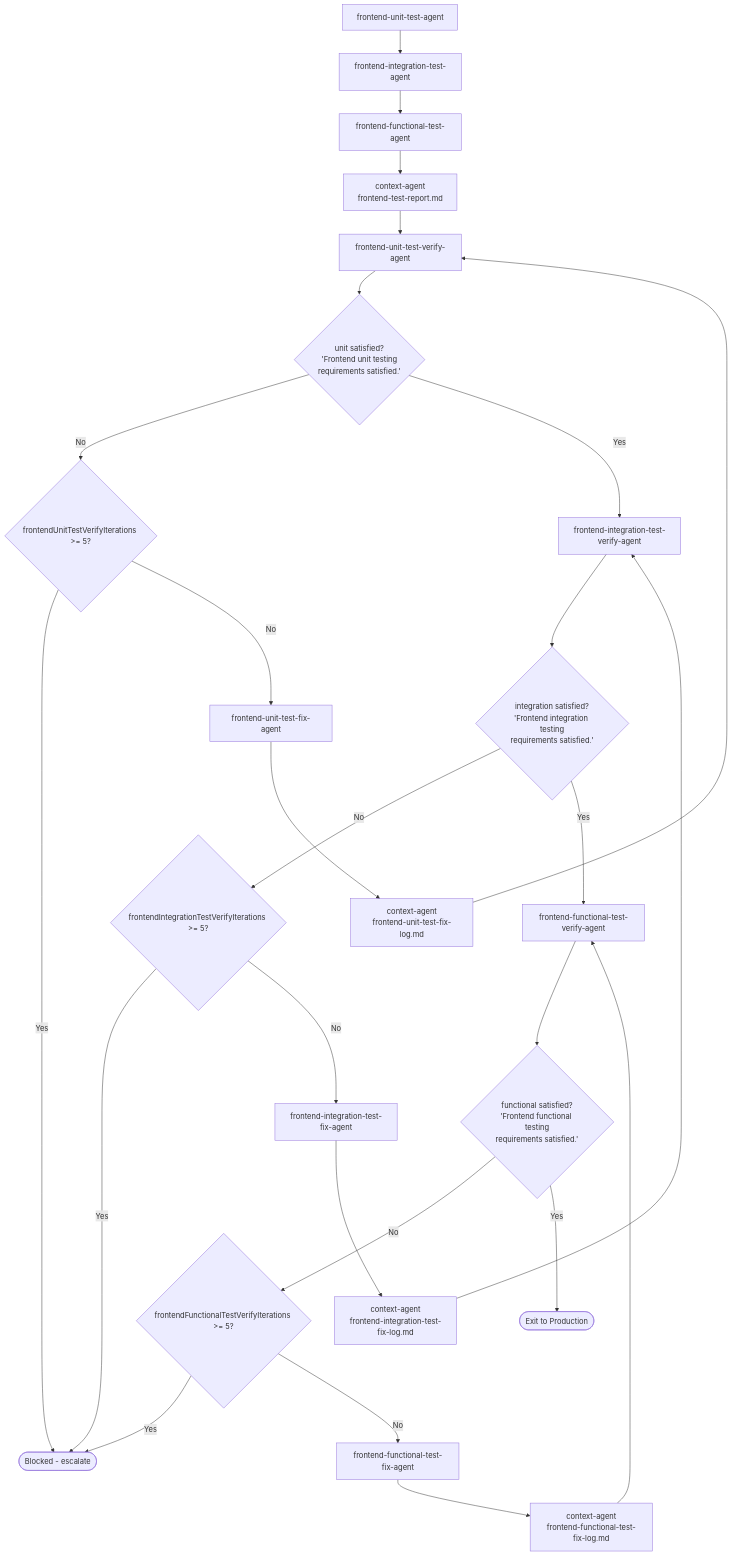
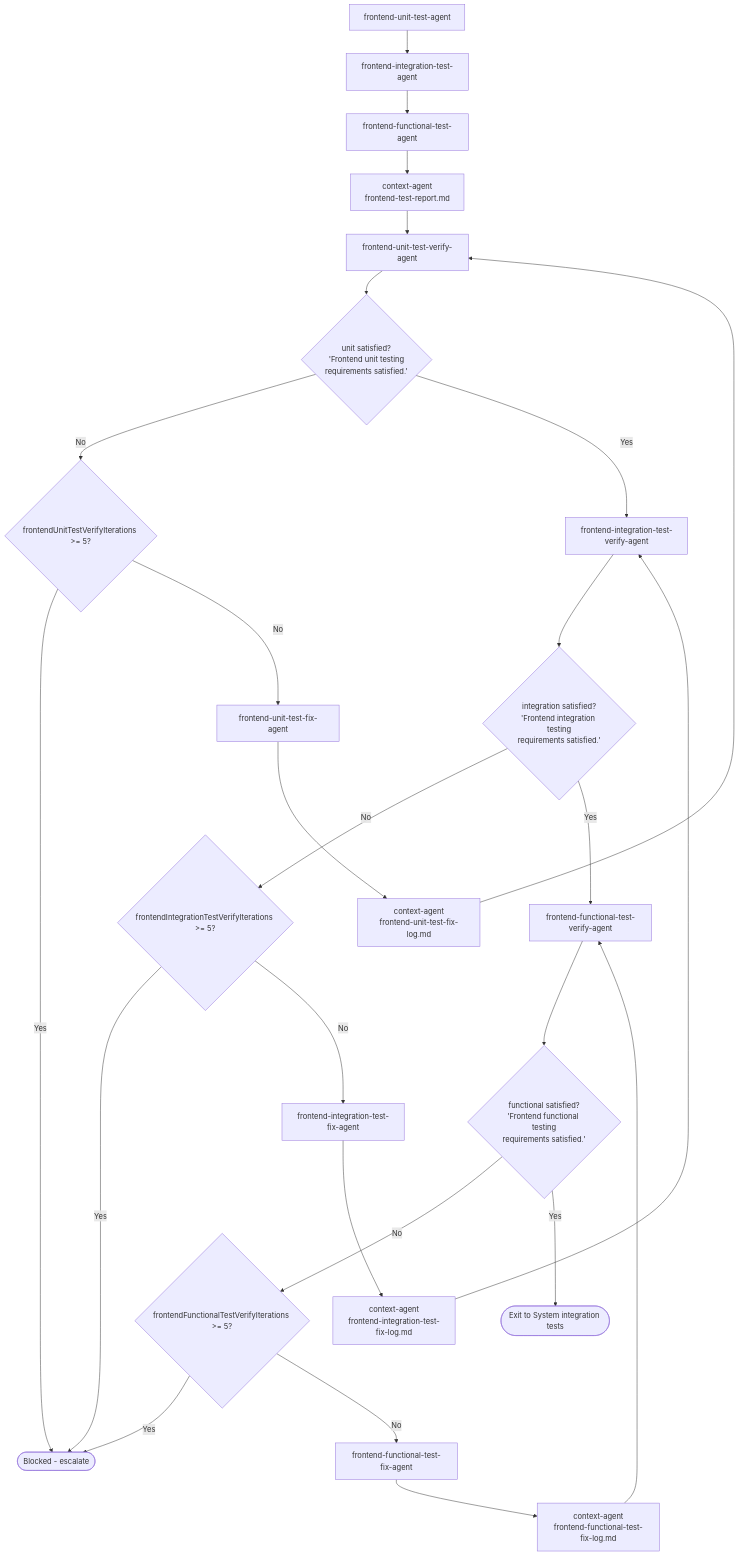
One commit to priyam-qo-box/agents changed the eighth of 14 diagrams in .cursor/agents/ARCHITECTURE.md. Above: the diagram before and after it, drawn with Mermaid. The commit also changed other lines of this file and 8 other files, not shown here.

First line of the commit message:
Add system integration test agents to enhance full-stack testing capabilities

````diff
--- a/.cursor/agents/ARCHITECTURE.md
+++ b/.cursor/agents/ARCHITECTURE.md
@@ -311,24 +331,24 @@
 ```mermaid
 flowchart TB
     G1[frontend-unit-test-agent] --> G2[frontend-integration-test-agent] --> G3[frontend-functional-test-agent]
     G3 --> P["context-agent<br/>frontend-test-report.md"]
 
     P --> UA[frontend-unit-test-verify-agent]
     UA --> UB{"unit satisfied?<br/>'Frontend unit testing<br/>requirements satisfied.'"}
     UB -->|No| UD{frontendUnitTestVerifyIterations >= 5?}
     UD -->|Yes| Stop([Blocked - escalate])
     UD -->|No| UE[frontend-unit-test-fix-agent] --> UF["context-agent<br/>frontend-unit-test-fix-log.md"] --> UA
     UB -->|Yes| IA[frontend-integration-test-verify-agent]
 
     IA --> IB{"integration satisfied?<br/>'Frontend integration testing<br/>requirements satisfied.'"}
     IB -->|No| ID{frontendIntegrationTestVerifyIterations >= 5?}
     ID -->|Yes| Stop
     ID -->|No| IE[frontend-integration-test-fix-agent] --> IF["context-agent<br/>frontend-integration-test-fix-log.md"] --> IA
     IB -->|Yes| FA[frontend-functional-test-verify-agent]
 
     FA --> FB{"functional satisfied?<br/>'Frontend functional testing<br/>requirements satisfied.'"}
     FB -->|No| FD{frontendFunctionalTestVerifyIterations >= 5?}
     FD -->|Yes| Stop
     FD -->|No| FE[frontend-functional-test-fix-agent] --> FF["context-agent<br/>frontend-functional-test-fix-log.md"] --> FA
-    FB -->|Yes| Exit([Exit to Production])
+    FB -->|Yes| Exit([Exit to System integration tests])
 ```
````
